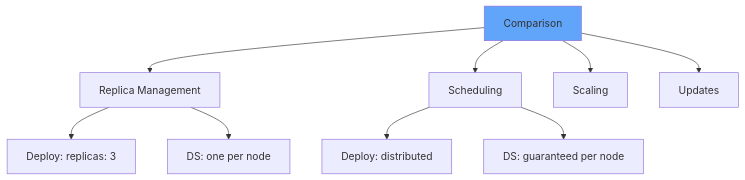
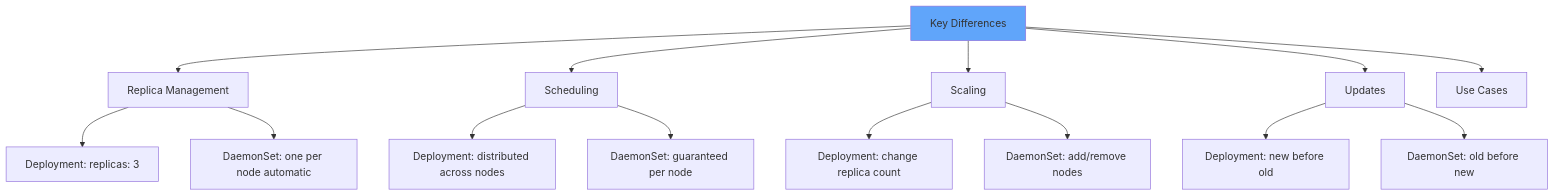
The fifth of 18 diagrams in slides/daemonsets/slides.md (courselabs/kubernetes), drawn with Mermaid before and after one commit. The commit also changed other lines of this file and 7 other files, not shown here.

````diff
--- a/slides/daemonsets/slides.md
+++ b/slides/daemonsets/slides.md
@@ -174,13 +201,23 @@
 ```mermaid
 graph TB
-    C[Comparison]
+    C[Key Differences]
     C --> R[Replica Management]
     C --> S[Scheduling]
     C --> SC[Scaling]
     C --> U[Updates]
-    R --> R1[Deploy: replicas: 3]
-    R --> R2[DS: one per node]
-    S --> S1[Deploy: distributed]
-    S --> S2[DS: guaranteed per node]
+    C --> UC[Use Cases]
+
+    R --> R1[Deployment: replicas: 3]
+    R --> R2[DaemonSet: one per node automatic]
+
+    S --> S1[Deployment: distributed across nodes]
+    S --> S2[DaemonSet: guaranteed per node]
+
+    SC --> SC1[Deployment: change replica count]
+    SC --> SC2[DaemonSet: add/remove nodes]
+
+    U --> U1[Deployment: new before old]
+    U --> U2[DaemonSet: old before new]
+
     style C fill:#60a5fa
 ```
````
